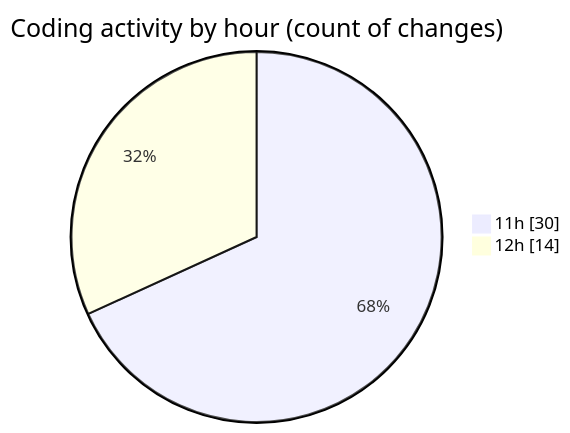
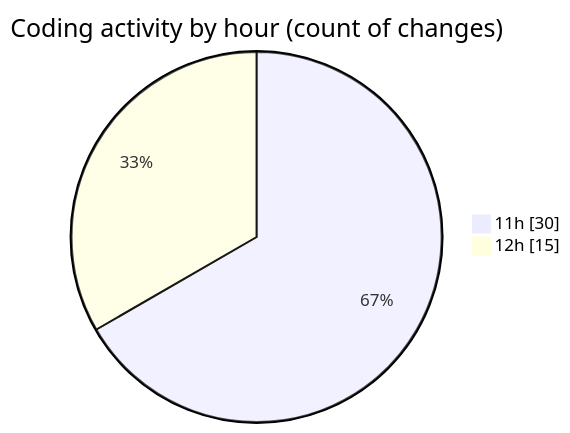
Before and after one commit to lephambinh05/code-tracking: the second of 2 diagrams in 2025-08-25/studybuddy/README.md, drawn with Mermaid. The commit also changed other lines of this file and 1 other file, not shown here.

````diff
--- a/2025-08-25/studybuddy/README.md
+++ b/2025-08-25/studybuddy/README.md
@@ -56,6 +56,6 @@
 ```mermaid
 pie showData
 title Coding activity by hour (count of changes)
 "11h" : 30
-"12h" : 14
+"12h" : 15
 ```
````
